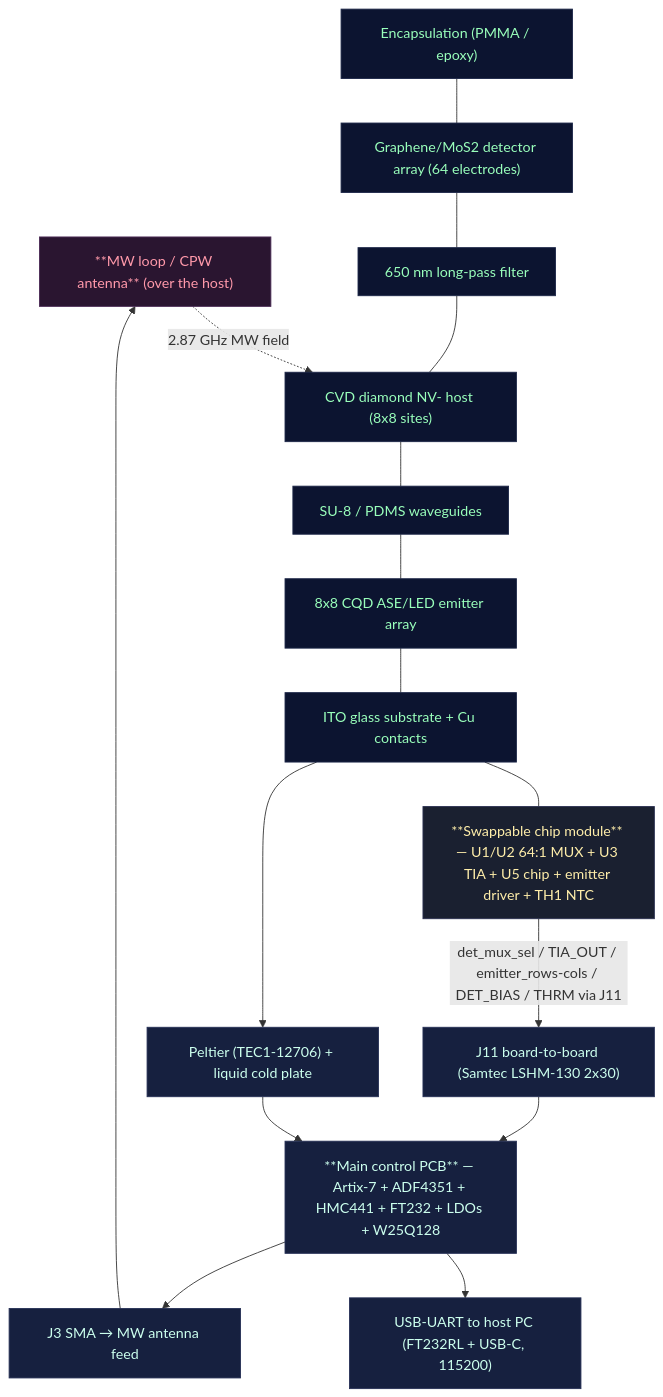
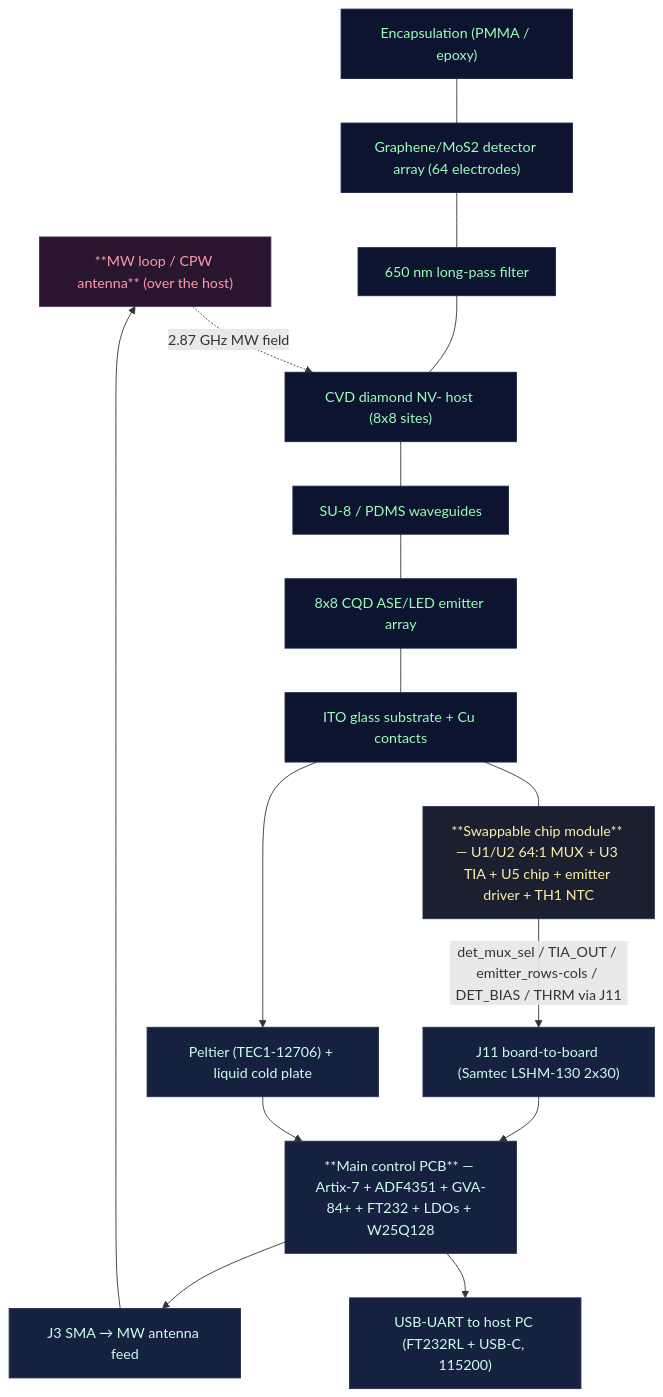
One commit to VABISMO/QSSC changed the second of 2 diagrams in hardware/HARDWARE_DESIGN.md. Above: the diagram before and after it, drawn with Mermaid. The commit also changed other lines of this file and 24 other files, not shown here.

````diff
--- a/hardware/HARDWARE_DESIGN.md
+++ b/hardware/HARDWARE_DESIGN.md
@@ -156,31 +159,31 @@
 ```mermaid
 flowchart TB
   classDef pcb fill:#16203f,stroke:#263056,color:#cfe
   classDef chip fill:#0c1430,stroke:#1d2748,color:#9fb
   classDef mw fill:#2a1530,stroke:#4a2a55,color:#f9a
   classDef mod fill:#1a2030,stroke:#2a3050,color:#fea
 
   ANT["**MW loop / CPW antenna** (over the host)"]:::mw
   ENC["Encapsulation (PMMA / epoxy)"]:::chip
   DET["Graphene/MoS2 detector array (64 electrodes)"]:::chip
   FILT["650 nm long-pass filter"]:::chip
   HOST["CVD diamond NV- host (8x8 sites)"]:::chip
   WG["SU-8 / PDMS waveguides"]:::chip
   EM["8x8 CQD ASE/LED emitter array"]:::chip
   SUB["ITO glass substrate + Cu contacts"]:::chip
   MOD["**Swappable chip module** — U1/U2 64:1 MUX + U3 TIA + U5 chip + emitter driver + TH1 NTC"]:::mod
   J11["J11 board-to-board (Samtec LSHM-130 2x30)"]:::pcb
   TEC["Peltier (TEC1-12706) + liquid cold plate"]:::pcb
-  PCB["**Main control PCB** — Artix-7 + ADF4351 + HMC441 + FT232 + LDOs + W25Q128"]:::pcb
+  PCB["**Main control PCB** — Artix-7 + ADF4351 + GVA-84+ + FT232 + LDOs + W25Q128"]:::pcb
   USB["USB-UART to host PC (FT232RL + USB-C, 115200)"]:::pcb
   SMA["J3 SMA → MW antenna feed"]:::pcb
 
   ANT -. "2.87 GHz MW field" .-> HOST
   ENC --- DET --- FILT --- HOST --- WG --- EM --- SUB
   SUB --- MOD
   MOD -->|"det_mux_sel / TIA_OUT / emitter_rows-cols / DET_BIAS / THRM via J11"| J11
   J11 --> PCB
   SUB --> TEC --> PCB
   PCB --> USB
   PCB --> SMA --> ANT
 ```
````
